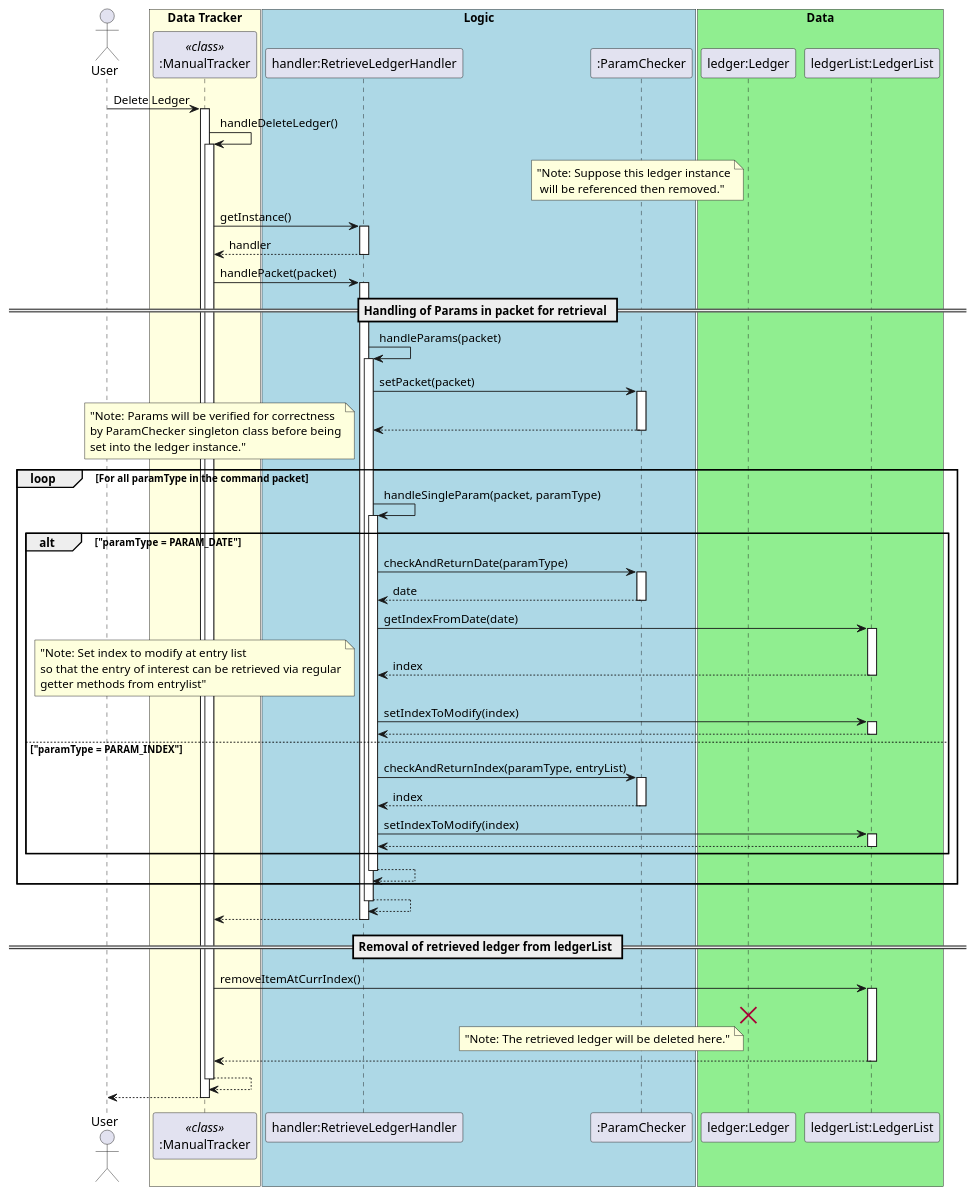
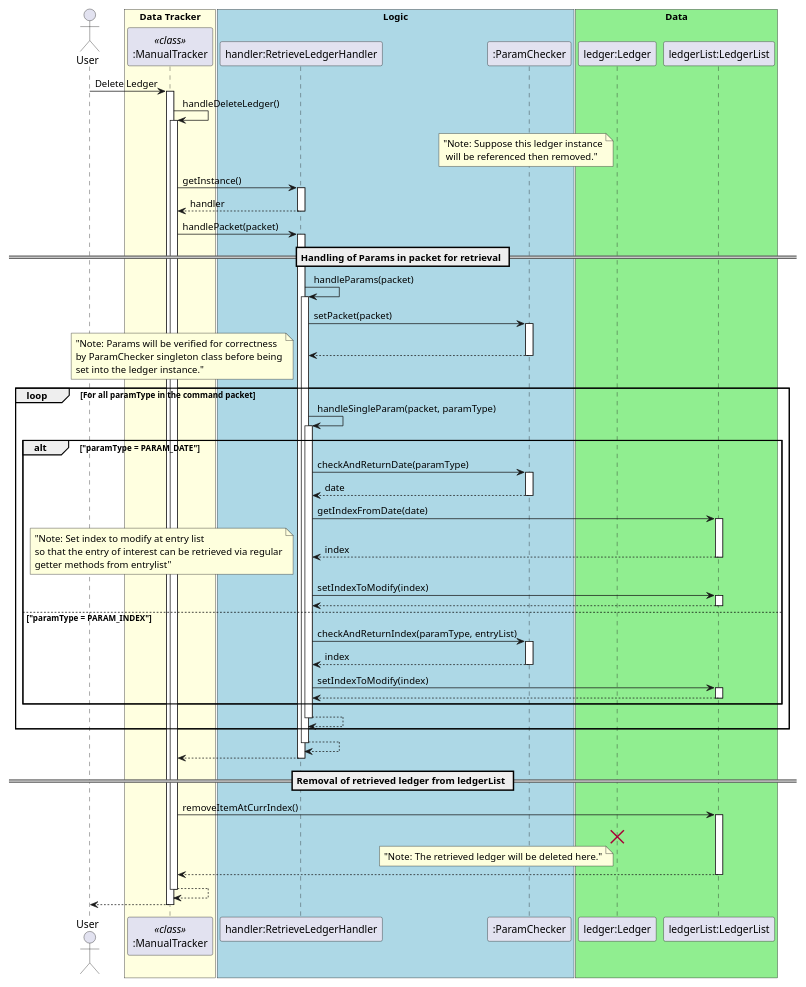
One commit to nus-cs2113-AY2021S1/tp changed the diagram in docs/diagrams/manualtracker/manualTrackerDeleteLedgerSeqDiagram.puml. Above: the diagram before and after it, drawn with PlantUML. The commit also changed 9 other files, not shown here.

```diff
--- a/docs/diagrams/manualtracker/manualTrackerDeleteLedgerSeqDiagram.puml
+++ b/docs/diagrams/manualtracker/manualTrackerDeleteLedgerSeqDiagram.puml
@@ -1,73 +1,73 @@
 @startuml
 autoactivate on
 
 actor User
 
-scale 1094 width
+scale 900 width
 skinparam shadowing false
 skinparam sequence {
     ActorBorderColor white
     
     ActorBackgroundColor white
     ActorFontColor white
     ActorFontSize 17
     ActorFontName ""
 }
 
 box "Data Tracker" #LightYellow
 participant ":ManualTracker" as manualTracker <<class>>
 endBox
 
 box "Logic" #LightBlue
 participant "handler:RetrieveLedgerHandler"
 participant ":ParamChecker"
 endBox
 
 box "Data" #LightGreen
 participant "ledger:Ledger"
 participant "ledgerList:LedgerList"
 endBox
 
 User-> manualTracker: Delete Ledger
 
 manualTracker ->manualTracker: handleDeleteLedger()
    note left "ledger:Ledger" : "Note: Suppose this ledger instance\n will be referenced then removed."
    manualTracker-> "handler:RetrieveLedgerHandler" : getInstance()
    return handler
 
    manualTracker-> "handler:RetrieveLedgerHandler" : handlePacket(packet)
         == Handling of Params in packet for retrieval ==
         "handler:RetrieveLedgerHandler" -> "handler:RetrieveLedgerHandler" : handleParams(packet)
             "handler:RetrieveLedgerHandler" -> ":ParamChecker" : setPacket(packet)
             return
             loop For all paramType in the command packet
                 note left: "Note: Params will be verified for correctness\nby ParamChecker singleton class before being\nset into the ledger instance."
                 "handler:RetrieveLedgerHandler" -> "handler:RetrieveLedgerHandler" : handleSingleParam(packet, paramType)
                     alt "paramType = PARAM_DATE"
                         "handler:RetrieveLedgerHandler" ->":ParamChecker": checkAndReturnDate(paramType)
                         return date
                         "handler:RetrieveLedgerHandler" -> "ledgerList:LedgerList" : getIndexFromDate(date)
                         return index
                         note left: "Note: Set index to modify at entry list\nso that the entry of interest can be retrieved via regular\ngetter methods from entrylist"
                         "handler:RetrieveLedgerHandler" -> "ledgerList:LedgerList" : setIndexToModify(index)
                         return
                     else "paramType = PARAM_INDEX"
                         "handler:RetrieveLedgerHandler" ->":ParamChecker": checkAndReturnIndex(paramType, entryList)
                         return index
                         "handler:RetrieveLedgerHandler" -> "ledgerList:LedgerList" : setIndexToModify(index)
                         return
                     end
                 return
             end
         return
    return
    == Removal of retrieved ledger from ledgerList ==
    manualTracker-> "ledgerList:LedgerList" : removeItemAtCurrIndex()
    note left "ledger:Ledger": "Note: The retrieved ledger will be deleted here."
    destroy "ledger:Ledger"
    return
 return 
 return
 
 
 @enduml
```
